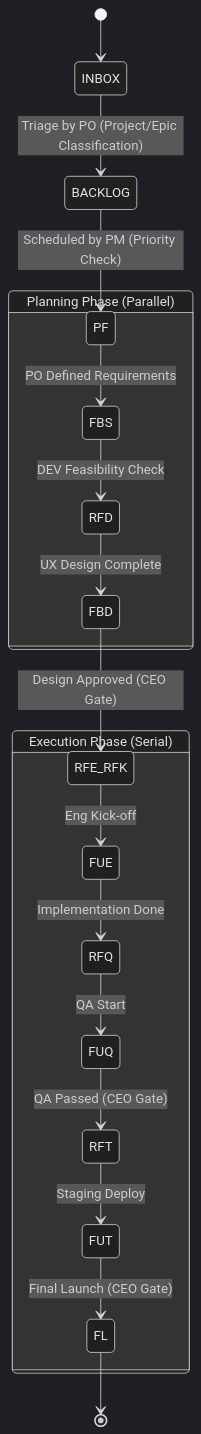
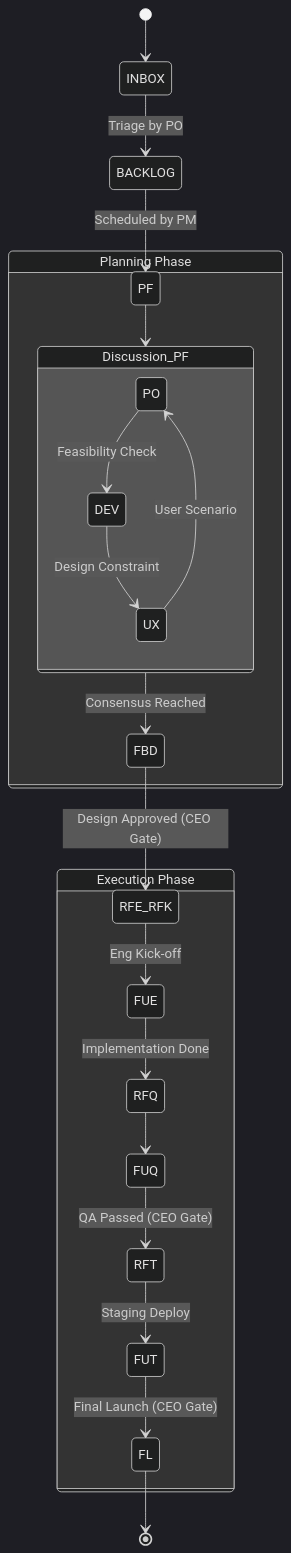
The third of 4 diagrams in docs/core/process/SYSTEM_DESIGN_V1_0.md (KyleL22/yuna-openclaw), drawn with Mermaid (dark theme) before and after one commit. The commit also changed other lines of this file, not shown here.

Commit message:
Docs: Finalize System Design v14.0 (Discussion Loop & Sequence Diagram)

````diff
--- a/docs/core/process/SYSTEM_DESIGN_V1_0.md
+++ b/docs/core/process/SYSTEM_DESIGN_V1_0.md
@@ -197,24 +197,28 @@
 ```mermaid
 stateDiagram-v2
     [*] --> INBOX
-    INBOX --> BACKLOG : Triage by PO (Project/Epic Classification)
-    BACKLOG --> PF : Scheduled by PM (Priority Check)
+    INBOX --> BACKLOG : Triage by PO
+    BACKLOG --> PF : Scheduled by PM
 
-    state "Planning Phase (Parallel)" as Planning {
-        PF --> FBS : PO Defined Requirements
-        FBS --> RFD : DEV Feasibility Check
-        RFD --> FBD : UX Design Complete
+    state "Planning Phase" as Planning {
+        PF --> Discussion_PF
+        state Discussion_PF {
+             PO --> DEV : Feasibility Check
+             DEV --> UX : Design Constraint
+             UX --> PO : User Scenario
+        }
+        Discussion_PF --> FBD : Consensus Reached
         FBD --> RFE_RFK : Design Approved (CEO Gate)
     }
 
-    state "Execution Phase (Serial)" as Execution {
+    state "Execution Phase" as Execution {
         RFE_RFK --> FUE : Eng Kick-off
         FUE --> RFQ : Implementation Done
-        RFQ --> FUQ : QA Start
+        RFQ --> FUQ
         FUQ --> RFT : QA Passed (CEO Gate)
         RFT --> FUT : Staging Deploy
         FUT --> FL : Final Launch (CEO Gate)
     }
     
     FL --> [*]
 ```
````
